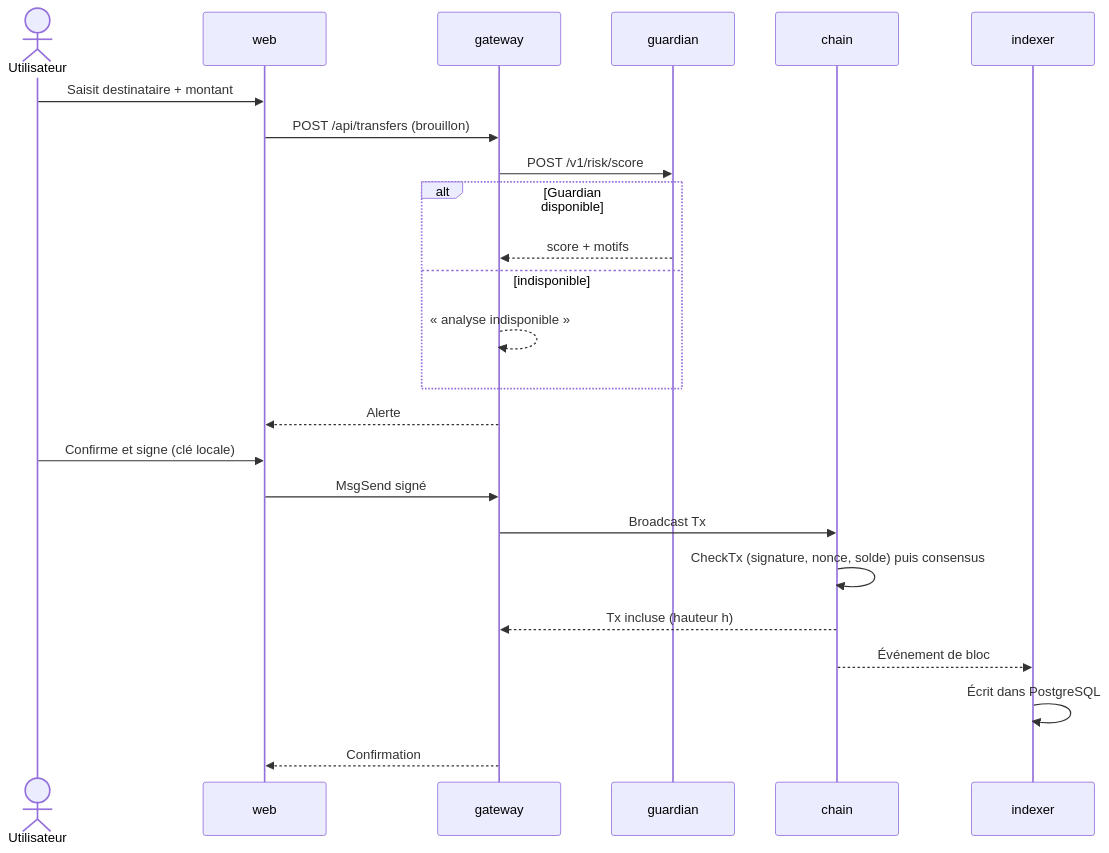
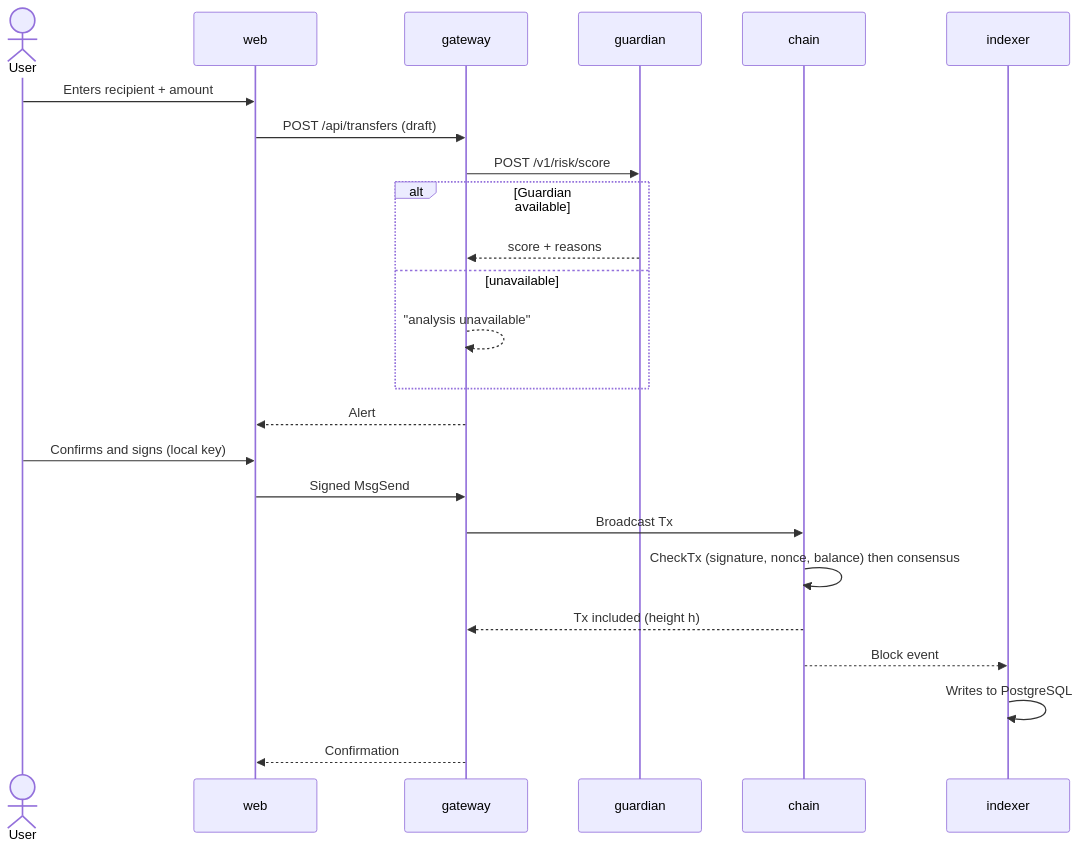
One commit to joeylukoji/Aurix changed the fourth of 10 diagrams in docs/architecture/diagrams.md. Above: the diagram before and after it, drawn with Mermaid. The commit also changed other lines of this file and 6 other files, not shown here.

````diff
--- a/docs/architecture/diagrams.md
+++ b/docs/architecture/diagrams.md
@@ -70,26 +70,26 @@
 ```mermaid
 sequenceDiagram
-    actor U as Utilisateur
+    actor U as User
     participant W as web
     participant G as gateway
     participant N as guardian
     participant C as chain
     participant I as indexer
-    U->>W: Saisit destinataire + montant
-    W->>G: POST /api/transfers (brouillon)
+    U->>W: Enters recipient + amount
+    W->>G: POST /api/transfers (draft)
     G->>N: POST /v1/risk/score
-    alt Guardian disponible
-        N-->>G: score + motifs
-    else indisponible
-        G-->>G: « analyse indisponible »
+    alt Guardian available
+        N-->>G: score + reasons
+    else unavailable
+        G-->>G: "analysis unavailable"
     end
-    G-->>W: Alerte
-    U->>W: Confirme et signe (clé locale)
-    W->>G: MsgSend signé
+    G-->>W: Alert
+    U->>W: Confirms and signs (local key)
+    W->>G: Signed MsgSend
     G->>C: Broadcast Tx
-    C->>C: CheckTx (signature, nonce, solde) puis consensus
-    C-->>G: Tx incluse (hauteur h)
-    C-->>I: Événement de bloc
-    I->>I: Écrit dans PostgreSQL
+    C->>C: CheckTx (signature, nonce, balance) then consensus
+    C-->>G: Tx included (height h)
+    C-->>I: Block event
+    I->>I: Writes to PostgreSQL
     G-->>W: Confirmation
 ```
````
